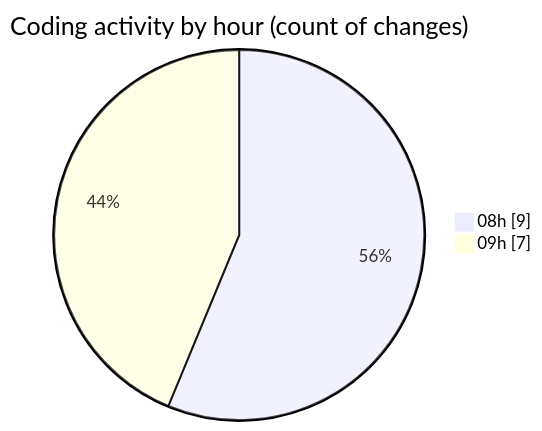
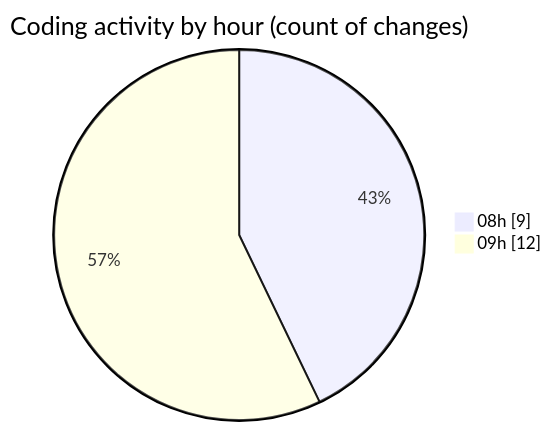
Before and after one commit to Elitesun/code-tracking: the second of 2 diagrams in 2025-04-23/invest/README.md, drawn with Mermaid. The commit also changed other lines of this file and 1 other file, not shown here.

````diff
--- a/2025-04-23/invest/README.md
+++ b/2025-04-23/invest/README.md
@@ -40,6 +42,6 @@
 ```mermaid
 pie showData
 title Coding activity by hour (count of changes)
 "08h" : 9
-"09h" : 7
+"09h" : 12
 ```
````
